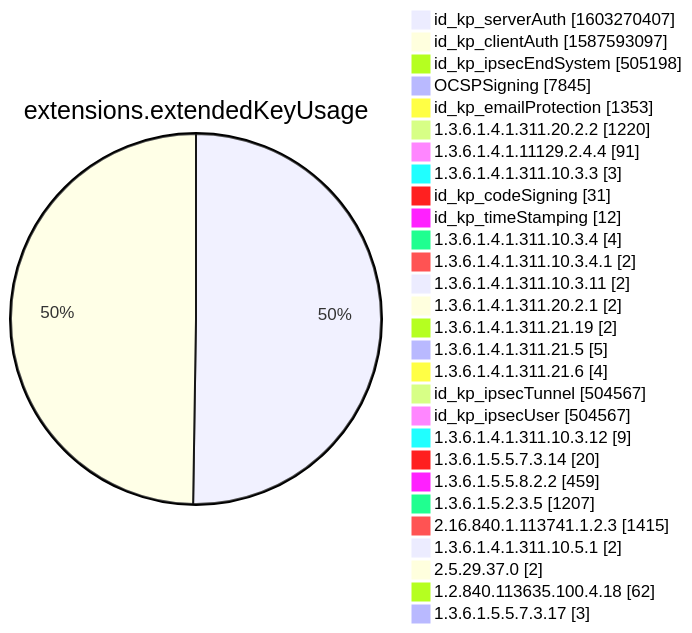
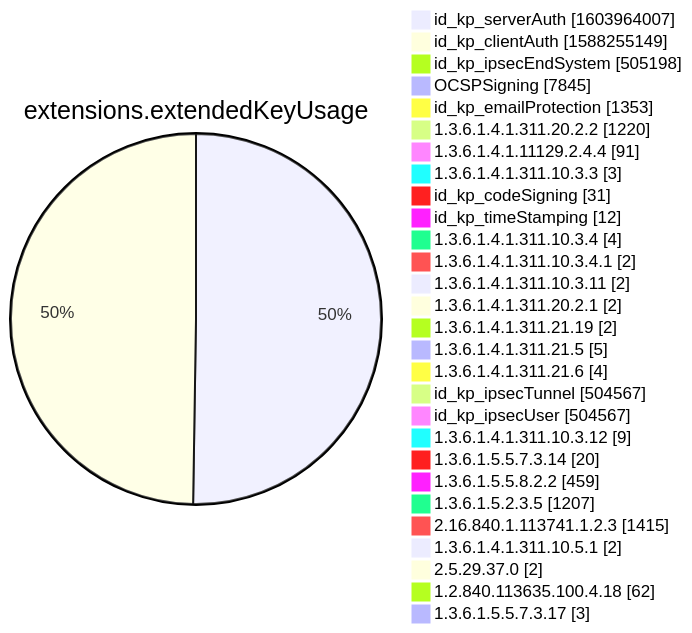
One commit to christiankrug/ctmonitor_visualization changed diagram 12 of 15 in xenon2022/README.md. Above: the diagram before and after it, drawn with Mermaid. The commit also changed other lines of this file, not shown here.

````diff
--- a/xenon2022/README.md
+++ b/xenon2022/README.md
@@ -3885,32 +3885,32 @@
 ```mermaid
 pie showData
 title extensions.extendedKeyUsage
-"id_kp_serverAuth" :1603270407
-"id_kp_clientAuth" :1587593097
+"id_kp_serverAuth" :1603964007
+"id_kp_clientAuth" :1588255149
 "id_kp_ipsecEndSystem" :505198
 "OCSPSigning" :7845
 "id_kp_emailProtection" :1353
 "1.3.6.1.4.1.311.20.2.2" :1220
 "1.3.6.1.4.1.11129.2.4.4" :91
 "1.3.6.1.4.1.311.10.3.3" :3
 "id_kp_codeSigning" :31
 "id_kp_timeStamping" :12
 "1.3.6.1.4.1.311.10.3.4" :4
 "1.3.6.1.4.1.311.10.3.4.1" :2
 "1.3.6.1.4.1.311.10.3.11" :2
 "1.3.6.1.4.1.311.20.2.1" :2
 "1.3.6.1.4.1.311.21.19" :2
 "1.3.6.1.4.1.311.21.5" :5
 "1.3.6.1.4.1.311.21.6" :4
 "id_kp_ipsecTunnel" :504567
 "id_kp_ipsecUser" :504567
 "1.3.6.1.4.1.311.10.3.12" :9
 "1.3.6.1.5.5.7.3.14" :20
 "1.3.6.1.5.5.8.2.2" :459
 "1.3.6.1.5.2.3.5" :1207
 "2.16.840.1.113741.1.2.3" :1415
 "1.3.6.1.4.1.311.10.5.1" :2
 "2.5.29.37.0" :2
 "1.2.840.113635.100.4.18" :62
 "1.3.6.1.5.5.7.3.17" :3
 ```
````
